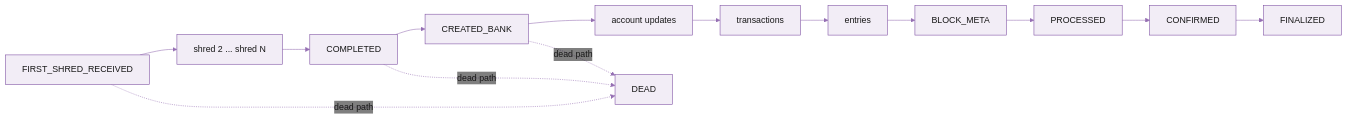
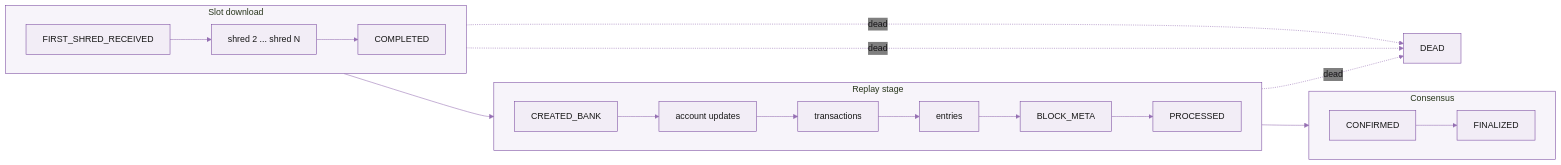
Before and after one commit to kshyndina/docs: the diagram in solana/streaming/dragons-mouth-g-rpc.mdx, drawn with Mermaid. The commit also changed other lines of this file and 4 other files, not shown here.

````diff
--- a/solana/streaming/dragons-mouth-g-rpc.mdx
+++ b/solana/streaming/dragons-mouth-g-rpc.mdx
@@ -915,17 +920,29 @@
 ```mermaid
-%%{init: {'theme':'base','themeVariables':{'primaryColor':'#F2EDF6','primaryBorderColor':'#7A4BA0','primaryTextColor':'#171717','lineColor':'#956FB3','secondaryColor':'#E4DBEC','tertiaryColor':'#D7C9E3','noteBkgColor':'#FFC845','noteTextColor':'#171717','actorBkg':'#F2EDF6','actorBorder':'#7A4BA0','actorTextColor':'#171717','signalColor':'#492D60','labelBoxBkgColor':'#7A4BA0','labelTextColor':'#F7F7F7','edgeLabelBackground':'transparent'}}}%%
+%%{init: {'theme':'base','themeVariables':{'primaryColor':'#F2EDF6','primaryBorderColor':'#7A4BA0','primaryTextColor':'#171717','lineColor':'#956FB3','secondaryColor':'#E4DBEC','tertiaryColor':'#D7C9E3','noteBkgColor':'#FFC845','noteTextColor':'#171717','clusterBkg':'#F7F4FA','clusterBorder':'#7A4BA0','actorBkg':'#F2EDF6','actorBorder':'#7A4BA0','actorTextColor':'#171717','signalColor':'#492D60','labelBoxBkgColor':'#7A4BA0','labelTextColor':'#F7F7F7','edgeLabelBackground':'transparent'}}}%%
 flowchart LR
-    A[FIRST_SHRED_RECEIVED] --> B[shred 2 ... shred N]
-    B --> C[COMPLETED]
-    C --> D[CREATED_BANK]
-    D --> E[account updates]
-    E --> F[transactions]
-    F --> G[entries]
-    G --> H[BLOCK_META]
-    H --> I[PROCESSED]
-    I --> J[CONFIRMED]
-    J --> K[FINALIZED]
-    A -.dead path.-> X[DEAD]
-    C -.dead path.-> X
-    D -.dead path.-> X
+    subgraph SD["Slot download"]
+      direction LR
+      S1[FIRST_SHRED_RECEIVED] --> S2[shred 2 ... shred N]
+      S2 --> S3[COMPLETED]
+    end
+
+    subgraph RS["Replay stage"]
+      direction LR
+      R1[CREATED_BANK] --> R2[account updates]
+      R2 --> R3[transactions]
+      R3 --> R4[entries]
+      R4 --> R5[BLOCK_META]
+      R5 --> R6[PROCESSED]
+    end
+
+    subgraph CN["Consensus"]
+      direction LR
+      C1[CONFIRMED] --> C2[FINALIZED]
+    end
+
+    SD --> RS --> CN
+
+    S1 -.dead.-> X[DEAD]
+    S3 -.dead.-> X
+    R1 -.dead.-> X
 ```
````
